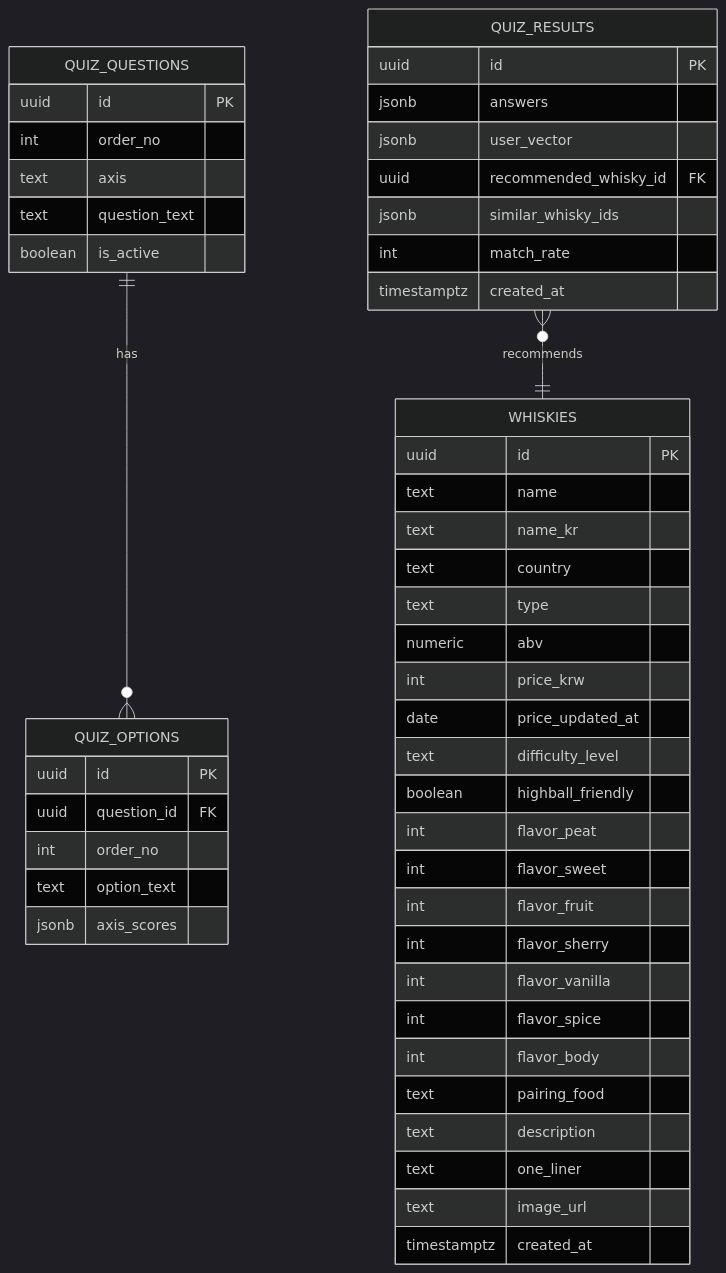
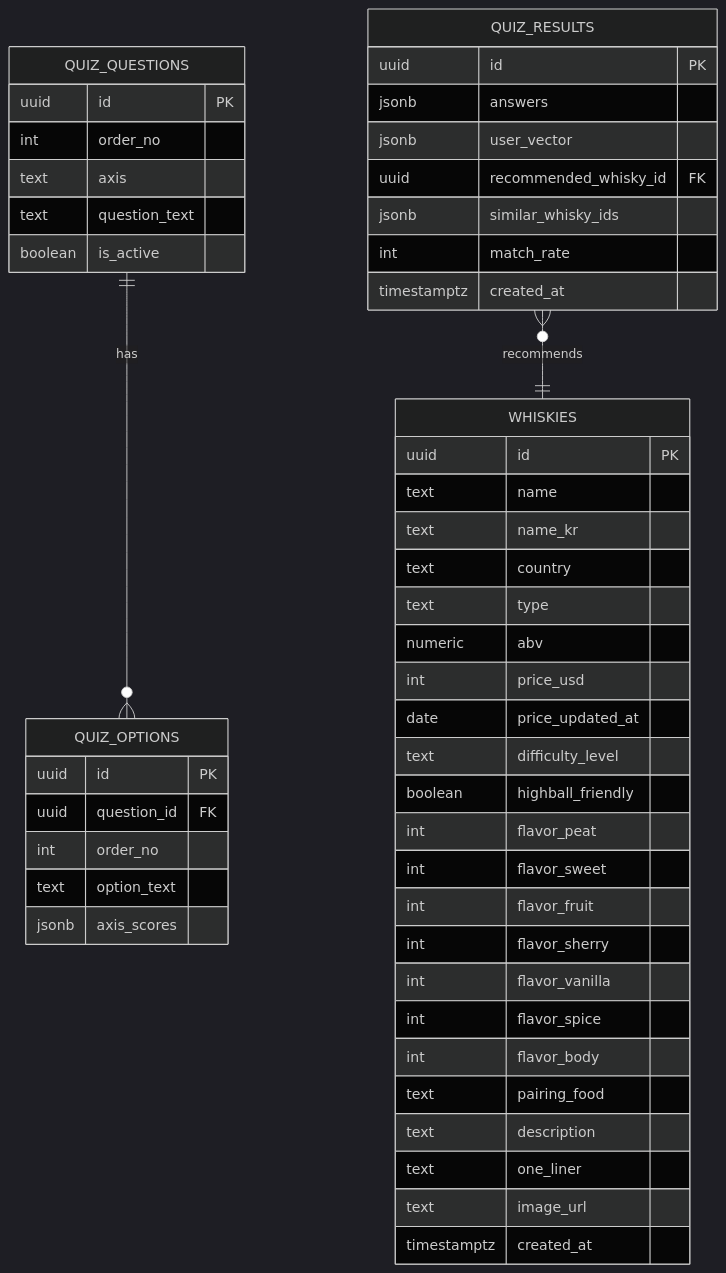
Before and after one commit to JOAYA28/my-whiskey: the second of 2 diagrams in docs/PRD.md, drawn with Mermaid (dark theme). The commit also changed other lines of this file and 3 other files, not shown here.

````diff
--- a/docs/PRD.md
+++ b/docs/PRD.md
@@ -379,52 +380,52 @@
 ```mermaid
 erDiagram
     WHISKIES {
         uuid id PK
         text name
         text name_kr
         text country
         text type
         numeric abv
-        int price_krw
+        int price_usd
         date price_updated_at
         text difficulty_level
         boolean highball_friendly
         int flavor_peat
         int flavor_sweet
         int flavor_fruit
         int flavor_sherry
         int flavor_vanilla
         int flavor_spice
         int flavor_body
         text pairing_food
         text description
         text one_liner
         text image_url
         timestamptz created_at
     }
     QUIZ_QUESTIONS {
         uuid id PK
         int order_no
         text axis
         text question_text
         boolean is_active
     }
     QUIZ_OPTIONS {
         uuid id PK
         uuid question_id FK
         int order_no
         text option_text
         jsonb axis_scores
     }
     QUIZ_RESULTS {
         uuid id PK
         jsonb answers
         jsonb user_vector
         uuid recommended_whisky_id FK
         jsonb similar_whisky_ids
         int match_rate
         timestamptz created_at
     }
     QUIZ_QUESTIONS ||--o{ QUIZ_OPTIONS : "has"
     QUIZ_RESULTS }o--|| WHISKIES : "recommends"
 ```
````
